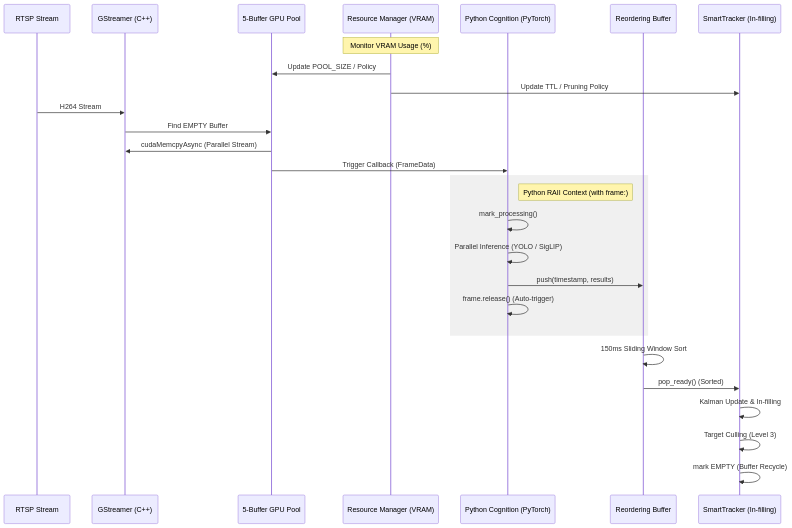
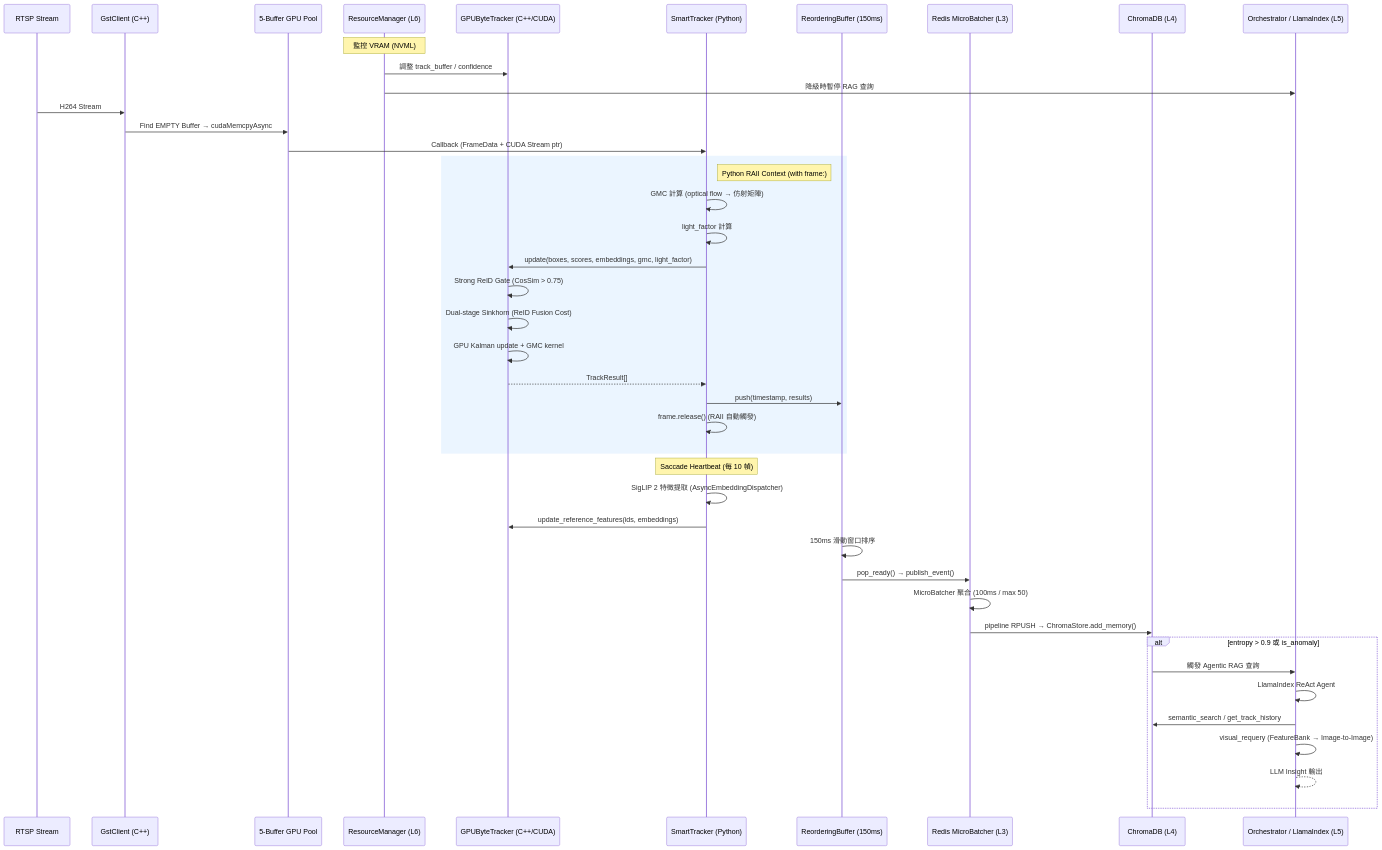
One commit to raylei50653/saccade changed the diagram in docs/pipeline_flow.md. Above: the diagram before and after it, drawn with Mermaid. The commit also changed other lines of this file and 119 other files, not shown here.

First line of the commit message:
feat(perception/tracking): upgrade to YOLO26s and implement Zero-Copy GPU tracking

````diff
--- a/docs/pipeline_flow.md
+++ b/docs/pipeline_flow.md
@@ -9,32 +9,51 @@
 ```mermaid
 sequenceDiagram
     participant RTSP as RTSP Stream
-    participant Gst as GStreamer (C++)
+    participant Gst as GstClient (C++)
     participant Pool as 5-Buffer GPU Pool
-    participant Res as Resource Manager (VRAM)
-    participant Py as Python Cognition (PyTorch)
-    participant Reorder as Reordering Buffer
-    participant Tracker as SmartTracker (In-filling)
+    participant Res as ResourceManager (L6)
+    participant Tracker as GPUByteTracker (C++/CUDA)
+    participant Py as SmartTracker (Python)
+    participant Reorder as ReorderingBuffer (150ms)
+    participant Redis as Redis MicroBatcher (L3)
+    participant Chroma as ChromaDB (L4)
+    participant RAG as Orchestrator / LlamaIndex (L5)
 
-    Note over Res: Monitor VRAM Usage (%)
-    Res->>Pool: Update POOL_SIZE / Policy
-    Res->>Tracker: Update TTL / Pruning Policy
+    Note over Res: 監控 VRAM (NVML)
+    Res->>Tracker: 調整 track_buffer / confidence
+    Res->>RAG: 降級時暫停 RAG 查詢
+
     RTSP->>Gst: H264 Stream
-    Gst->>Pool: Find EMPTY Buffer
-    Pool->>Gst: cudaMemcpyAsync (Parallel Stream)
-    Pool->>Py: Trigger Callback (FrameData)
-    
-    rect rgb(240, 240, 240)
+    Gst->>Pool: Find EMPTY Buffer → cudaMemcpyAsync
+    Pool->>Py: Callback (FrameData + CUDA Stream ptr)
+
+    rect rgb(235, 245, 255)
         Note right of Py: Python RAII Context (with frame:)
-        Py->>Py: mark_processing()
-        Py->>Py: Parallel Inference (YOLO / SigLIP)
+        Py->>Py: GMC 計算 (optical flow → 仿射矩陣)
+        Py->>Py: light_factor 計算
+        Py->>Tracker: update(boxes, scores, embeddings, gmc, light_factor)
+        Tracker->>Tracker: Strong ReID Gate (CosSim > 0.75)
+        Tracker->>Tracker: Dual-stage Sinkhorn (ReID Fusion Cost)
+        Tracker->>Tracker: GPU Kalman update + GMC kernel
+        Tracker-->>Py: TrackResult[]
         Py->>Reorder: push(timestamp, results)
-        Py->>Py: frame.release() (Auto-trigger)
+        Py->>Py: frame.release() (RAII 自動觸發)
     end
 
-    Reorder->>Reorder: 150ms Sliding Window Sort
-    Reorder->>Tracker: pop_ready() (Sorted)
-    Tracker->>Tracker: Kalman Update & In-filling
-    Tracker->>Tracker: Target Culling (Level 3)
-    Tracker->>Tracker: mark EMPTY (Buffer Recycle)
+    Note over Py: Saccade Heartbeat (每 10 幀)
+    Py->>Py: SigLIP 2 特徵提取 (AsyncEmbeddingDispatcher)
+    Py->>Tracker: update_reference_features(ids, embeddings)
+
+    Reorder->>Reorder: 150ms 滑動窗口排序
+    Reorder->>Redis: pop_ready() → publish_event()
+    Redis->>Redis: MicroBatcher 聚合 (100ms / max 50)
+    Redis->>Chroma: pipeline RPUSH → ChromaStore.add_memory()
+
+    alt entropy > 0.9 或 is_anomaly
+        Chroma->>RAG: 觸發 Agentic RAG 查詢
+        RAG->>RAG: LlamaIndex ReAct Agent
+        RAG->>Chroma: semantic_search / get_track_history
+        RAG->>RAG: visual_requery (FeatureBank → Image-to-Image)
+        RAG-->>RAG: LLM Insight 輸出
+    end
 ```
````
